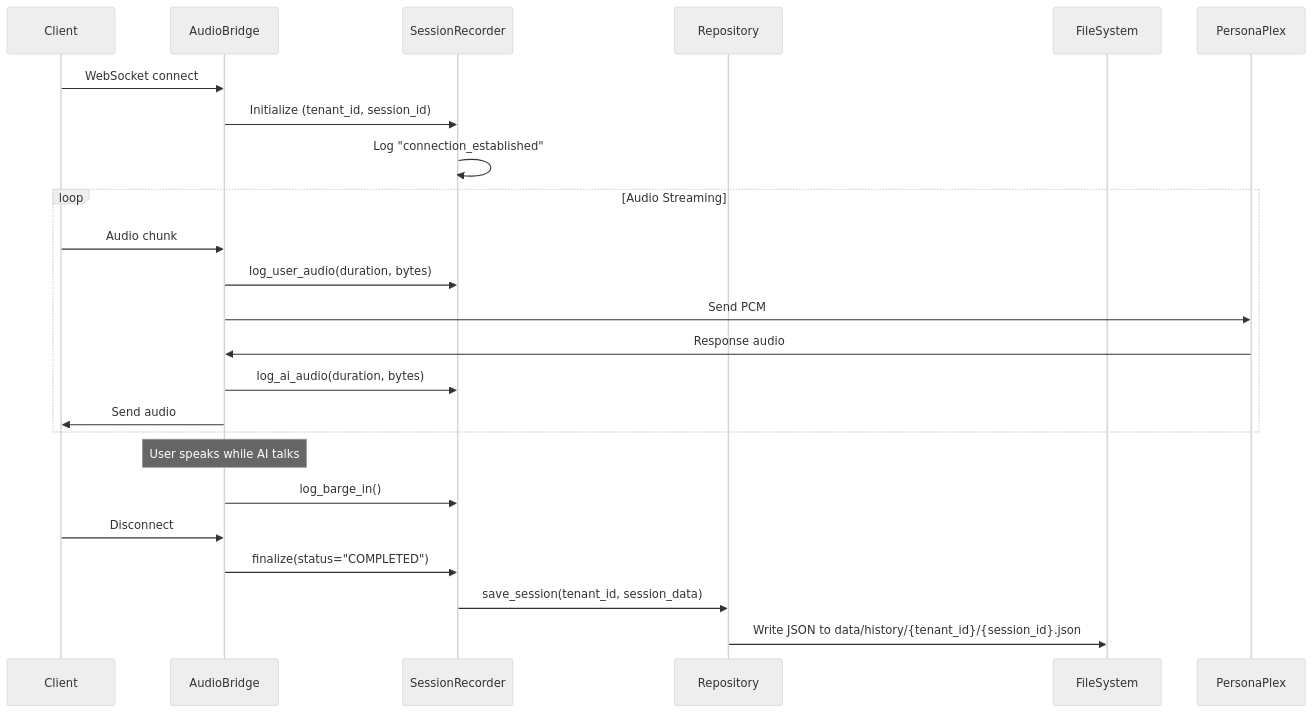
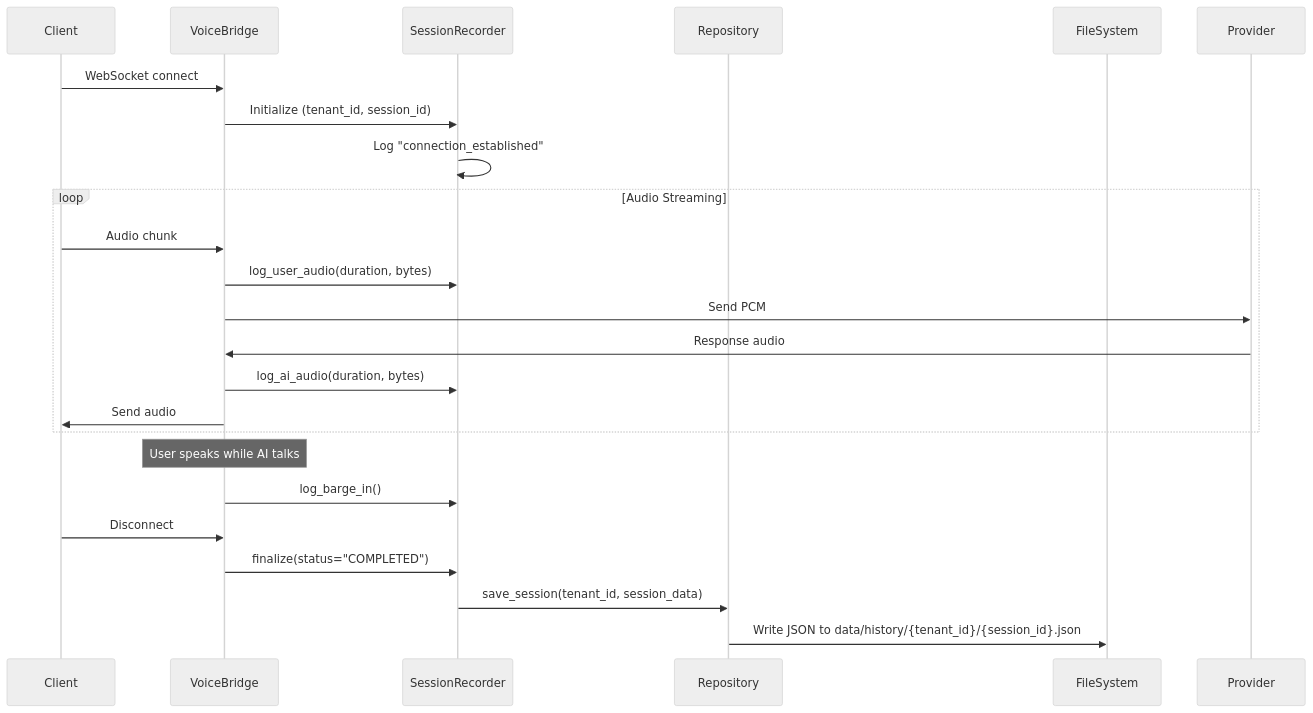
One commit to Jabanes/Nexus_AI changed the fourth of 5 diagrams in docs/PROJECT_CONTEXT.md. Above: the diagram before and after it, drawn with Mermaid (neutral theme). The commit also changed other lines of this file and 26 other files, not shown here.

First line of the commit message:
feat: Introduce provider-agnostic voice/LLM architecture with ElevenLabs support and shared integrations

````diff
--- a/docs/PROJECT_CONTEXT.md
+++ b/docs/PROJECT_CONTEXT.md
@@ -233,29 +250,29 @@
 ```mermaid
 sequenceDiagram
     participant Client
-    participant AudioBridge
+    participant VoiceBridge
     participant SessionRecorder
     participant Repository
     participant FileSystem
 
-    Client->>AudioBridge: WebSocket connect
-    AudioBridge->>SessionRecorder: Initialize (tenant_id, session_id)
+    Client->>VoiceBridge: WebSocket connect
+    VoiceBridge->>SessionRecorder: Initialize (tenant_id, session_id)
     SessionRecorder->>SessionRecorder: Log "connection_established"
     
     loop Audio Streaming
-        Client->>AudioBridge: Audio chunk
-        AudioBridge->>SessionRecorder: log_user_audio(duration, bytes)
-        AudioBridge->>PersonaPlex: Send PCM
-        PersonaPlex->>AudioBridge: Response audio
-        AudioBridge->>SessionRecorder: log_ai_audio(duration, bytes)
-        AudioBridge->>Client: Send audio
+        Client->>VoiceBridge: Audio chunk
+        VoiceBridge->>SessionRecorder: log_user_audio(duration, bytes)
+        VoiceBridge->>Provider: Send PCM
+        Provider->>VoiceBridge: Response audio
+        VoiceBridge->>SessionRecorder: log_ai_audio(duration, bytes)
+        VoiceBridge->>Client: Send audio
     end
     
-    Note over AudioBridge: User speaks while AI talks
-    AudioBridge->>SessionRecorder: log_barge_in()
+    Note over VoiceBridge: User speaks while AI talks
+    VoiceBridge->>SessionRecorder: log_barge_in()
     
-    Client->>AudioBridge: Disconnect
-    AudioBridge->>SessionRecorder: finalize(status="COMPLETED")
+    Client->>VoiceBridge: Disconnect
+    VoiceBridge->>SessionRecorder: finalize(status="COMPLETED")
     SessionRecorder->>Repository: save_session(tenant_id, session_data)
     Repository->>FileSystem: Write JSON to data/history/{tenant_id}/{session_id}.json
 ```
````
